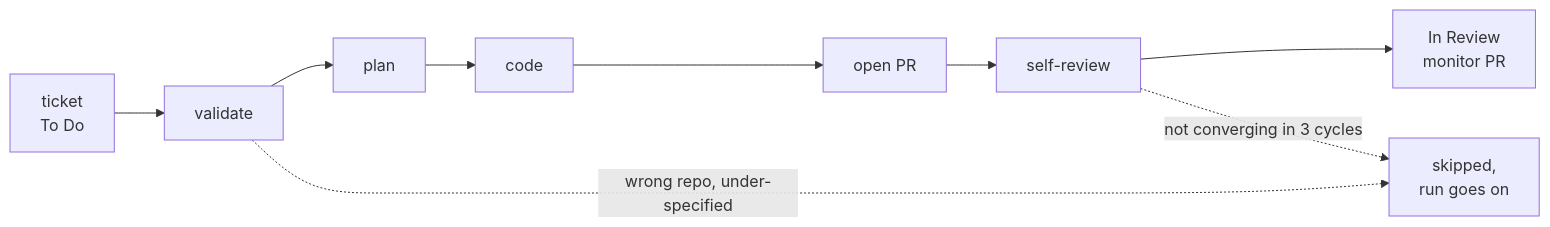
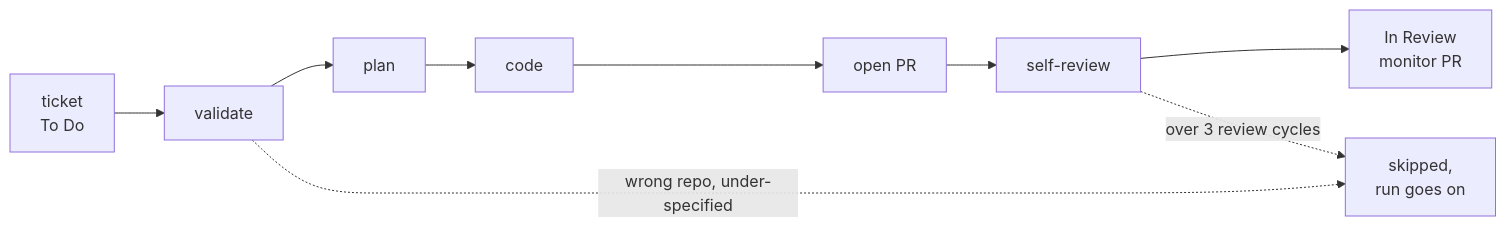
Before and after one commit to cedricfarinazzo/agile-skills: the diagram in agile-execution/README.md, drawn with Mermaid. The commit also changed other lines of this file and 21 other files, not shown here.

````diff
--- a/agile-execution/README.md
+++ b/agile-execution/README.md
@@ -15,6 +15,6 @@
 ```mermaid
 flowchart LR
   t["ticket<br/>To Do"] --> v["validate"] --> p["plan"] --> c["code"] --> pr["open PR"] --> r["self-review"] --> m["In Review<br/>monitor PR"]
   v -. "wrong repo, under-specified" .-> skip["skipped,<br/>run goes on"]
-  r -. "not converging in 3 cycles" .-> skip
+  r -. "over 3 review cycles" .-> skip
 ```
````
